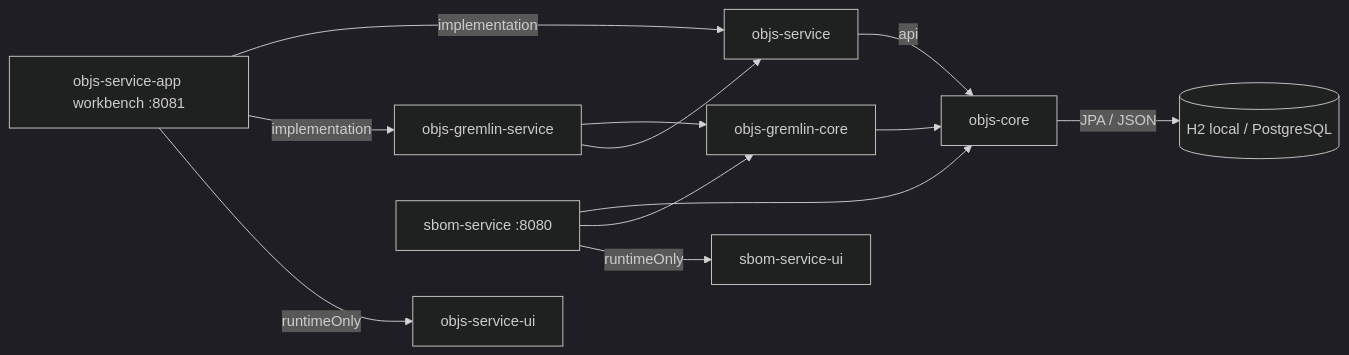
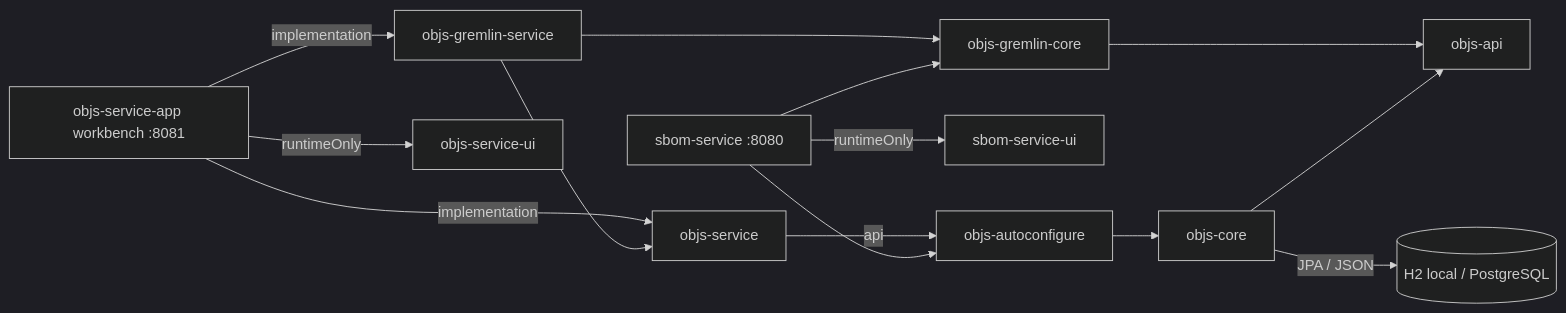
One commit to qpointz/objs changed the diagram in docs/design/platform/overview.md. Above: the diagram before and after it, drawn with Mermaid (dark theme). The commit also changed other lines of this file and 15 other files, not shown here.

First line of the commit message:
[docs] Document objs-core spring split and update export (C-25)

````diff
--- a/docs/design/platform/overview.md
+++ b/docs/design/platform/overview.md
@@ -38,22 +38,26 @@
 ```mermaid
 flowchart LR
   app[objs-service-app workbench :8081]
   gsvc[objs-gremlin-service]
   gcore[objs-gremlin-core]
   service[objs-service]
   ui[objs-service-ui]
   sbom[sbom-service :8080]
   sbomui[sbom-service-ui]
+  ac[objs-autoconfigure]
   core[objs-core]
+  api[objs-api]
   app -->|implementation| service
   app -->|implementation| gsvc
   app -->|runtimeOnly| ui
   gsvc --> gcore
   gsvc --> service
-  gcore --> core
-  service -->|api| core
-  sbom --> core
+  gcore --> api
+  service -->|api| ac
+  ac --> core
+  core --> api
+  sbom --> ac
   sbom --> gcore
   sbom -->|runtimeOnly| sbomui
   core -->|JPA / JSON| db[(H2 local / PostgreSQL)]
 ```
````
